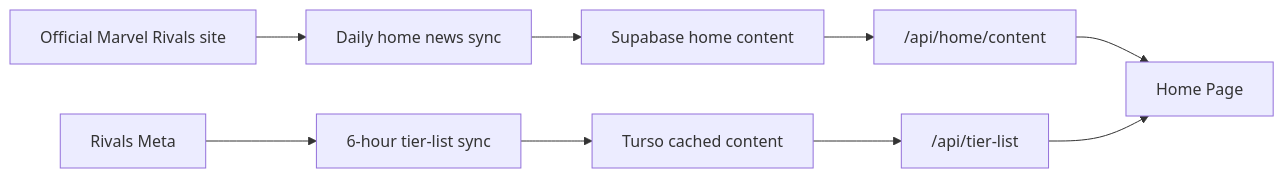
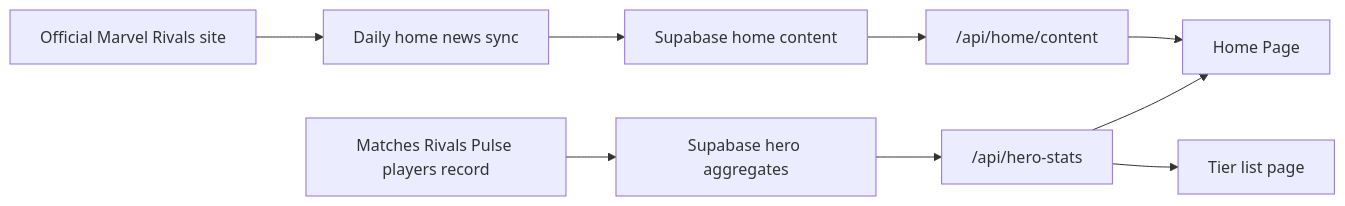
Before and after one commit to anthonyturner/rivals-pulse-web: the eighth of 8 diagrams in docs/content-data-flow.md, drawn with Mermaid. The commit also changed other lines of this file and 47 other files, not shown here.

First line of the commit message:
feat(community): switch the tier list, home and season glance to community numbers

````diff
--- a/docs/content-data-flow.md
+++ b/docs/content-data-flow.md
@@ -244,11 +245,11 @@
 ```mermaid
 flowchart LR
   Official["Official Marvel Rivals site"] --> HomeSync["Daily home news sync"]
-  Stats["Rivals Meta"] --> TierSync["6-hour tier-list sync"]
+  Matches["Matches Rivals Pulse players record"] --> Aggregates["Supabase hero aggregates"]
   HomeSync --> Supabase["Supabase home content"]
-  TierSync --> DB["Turso cached content"]
   Supabase --> HomeApi["/api/home/content"]
-  DB --> TierApi["/api/tier-list"]
+  Aggregates --> StatsApi["/api/hero-stats"]
   HomeApi --> HomePage["Home Page"]
-  TierApi --> HomePage
+  StatsApi --> HomePage
+  StatsApi --> TierPage["Tier list page"]
 ```
````
